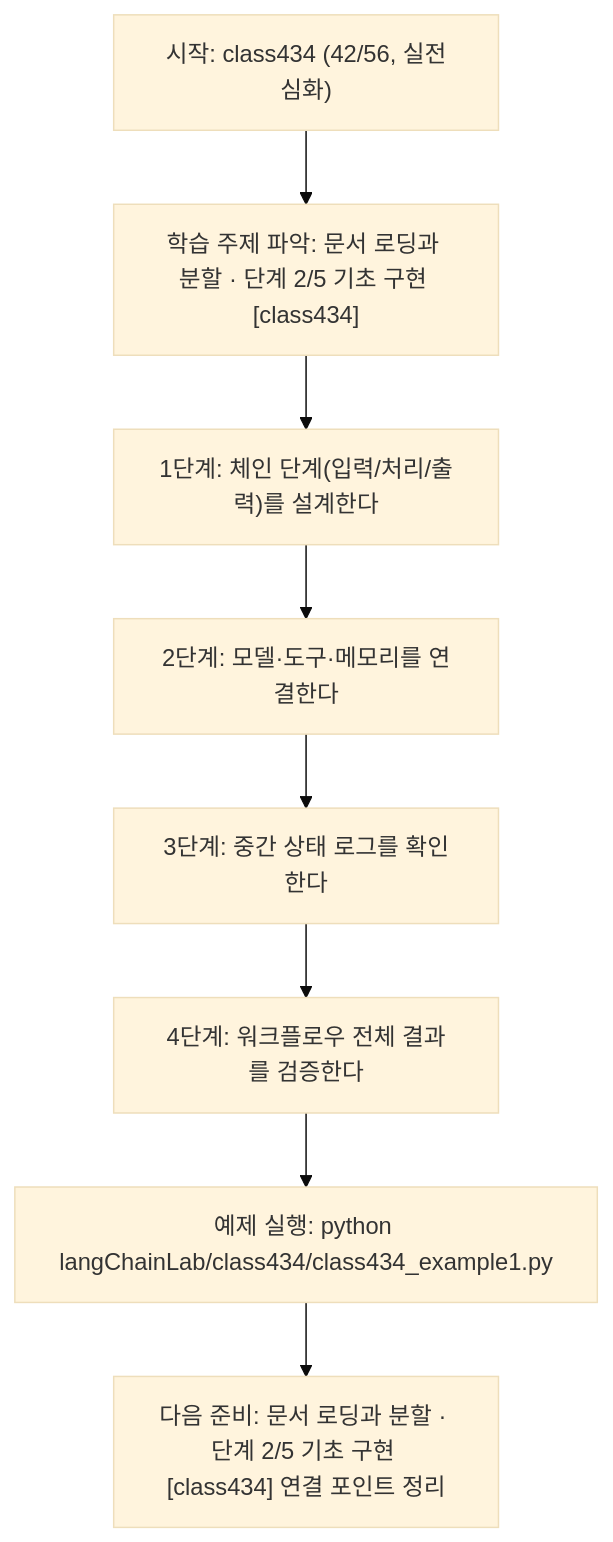
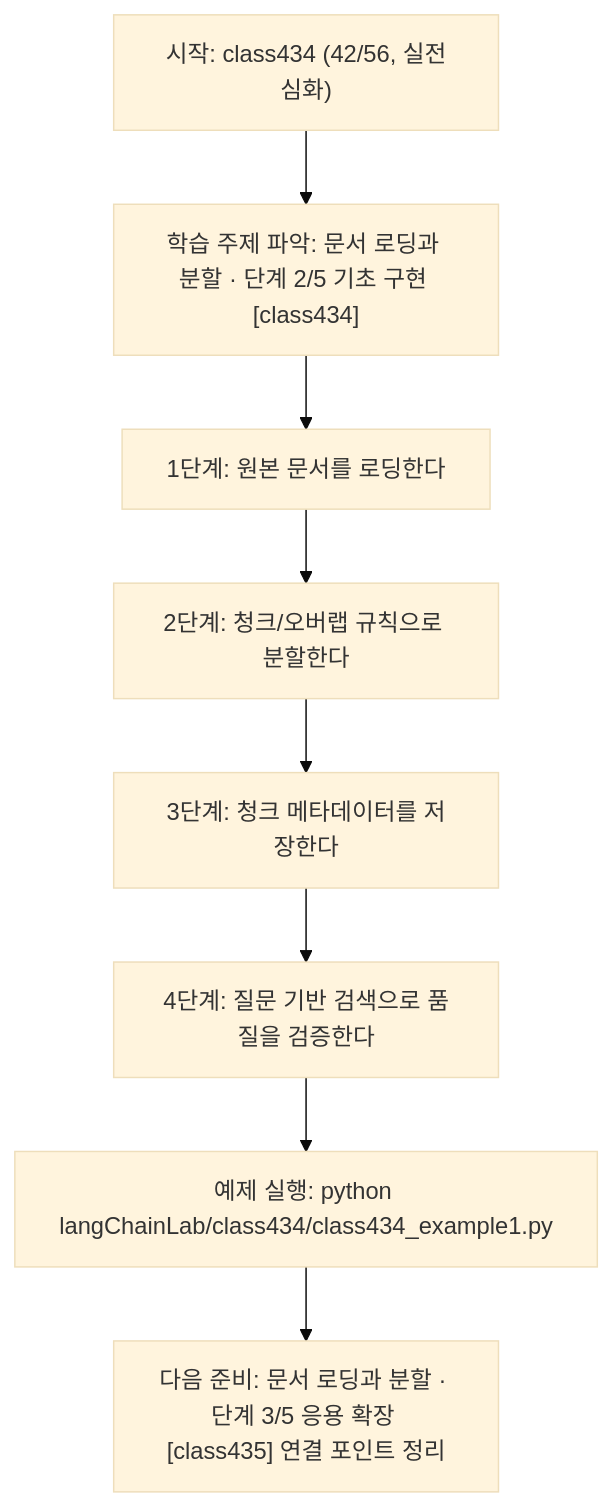
One commit to edumgt/Python-AI_Agent-Class changed the diagram in langChainLab/class434/class434.md. Above: the diagram before and after it, drawn with Mermaid (base theme). The commit also changed other lines of this file and 395 other files, not shown here.

````diff
--- a/langChainLab/class434/class434.md
+++ b/langChainLab/class434/class434.md
@@ -110,18 +91,18 @@
 ```mermaid
 flowchart TD
 N1["시작: class434 (42/56, 실전심화)"]
 N2["학습 주제 파악: 문서 로딩과 분할 · 단계 2/5 기초 구현 [class434]"]
-N3["1단계: 체인 단계(입력/처리/출력)를 설계한다"]
-N4["2단계: 모델·도구·메모리를 연결한다"]
-N5["3단계: 중간 상태 로그를 확인한다"]
-N6["4단계: 워크플로우 전체 결과를 검증한다"]
+N3["1단계: 원본 문서를 로딩한다"]
+N4["2단계: 청크/오버랩 규칙으로 분할한다"]
+N5["3단계: 청크 메타데이터를 저장한다"]
+N6["4단계: 질문 기반 검색으로 품질을 검증한다"]
 N7["예제 실행: python langChainLab/class434/class434_example1.py"]
-N8["다음 준비: 문서 로딩과 분할 · 단계 2/5 기초 구현 [class434] 연결 포인트 정리"]
+N8["다음 준비: 문서 로딩과 분할 · 단계 3/5 응용 확장 [class435] 연결 포인트 정리"]
 N1 --> N2
 N2 --> N3
 N3 --> N4
 N4 --> N5
 N5 --> N6
 N6 --> N7
 N7 --> N8
 ```
````
